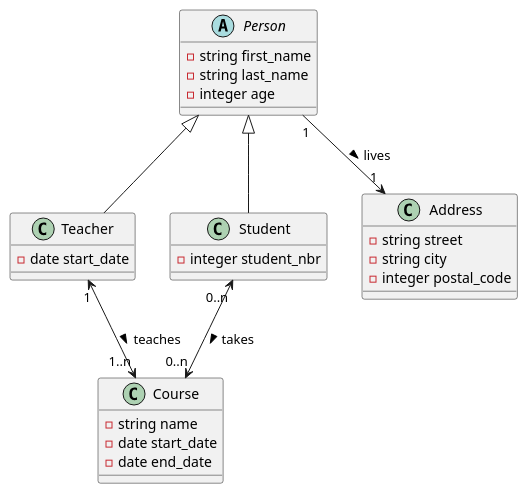
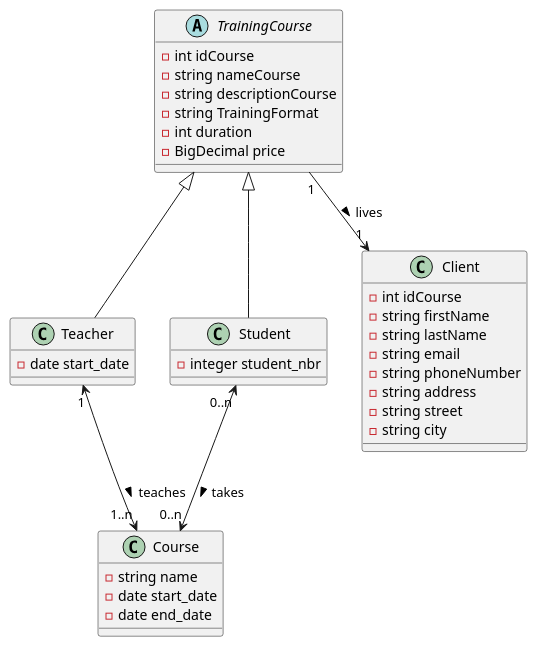
One commit to albanmartel/evaluation_metier_java changed the diagram in doc/uml/2-class/school-class.puml. Above: the diagram before and after it, drawn with PlantUML.

Commit message:
Mise à jour ajour du diagramme de classe de l'application Training Sales

```diff
--- a/doc/uml/2-class/school-class.puml
+++ b/doc/uml/2-class/school-class.puml
@@ -1,47 +1,54 @@
 @startuml School
 
-abstract class Person
+abstract class TrainingCourse
 {
-
-    -string first_name
-    -string last_name
-    -integer age
+    -int idCourse
+    -string nameCourse
+    -string descriptionCourse
+    -string TrainingFormat
+    -int duration
+    -BigDecimal price
 }
 
 class Teacher 
 {
     -date start_date
 }
 
 class Student
 {
     -integer student_nbr
 }
 
-class Address
+class Client
 {
+    -int idCourse
+	-string firstName
+    -string lastName
+    -string email
+    -string phoneNumber
+    -string address
     -string street
     -string city
-    -integer postal_code
 }
  
 class Course
 {
     -string name
     -date start_date
     -date end_date
 } 
 
 
-Person <|-- Student 
+TrainingCourse <|-- Student 
 
-Person <|-- Teacher
+TrainingCourse <|-- Teacher
 
-Person "1" --> "1" Address : lives >
+TrainingCourse "1" --> "1" Client : lives >
 
 Student "0..n" <--> "0..n" Course : takes >
 
 Course "1..n" <--u> "1" Teacher : teaches < 
 
 
 @enduml
```
